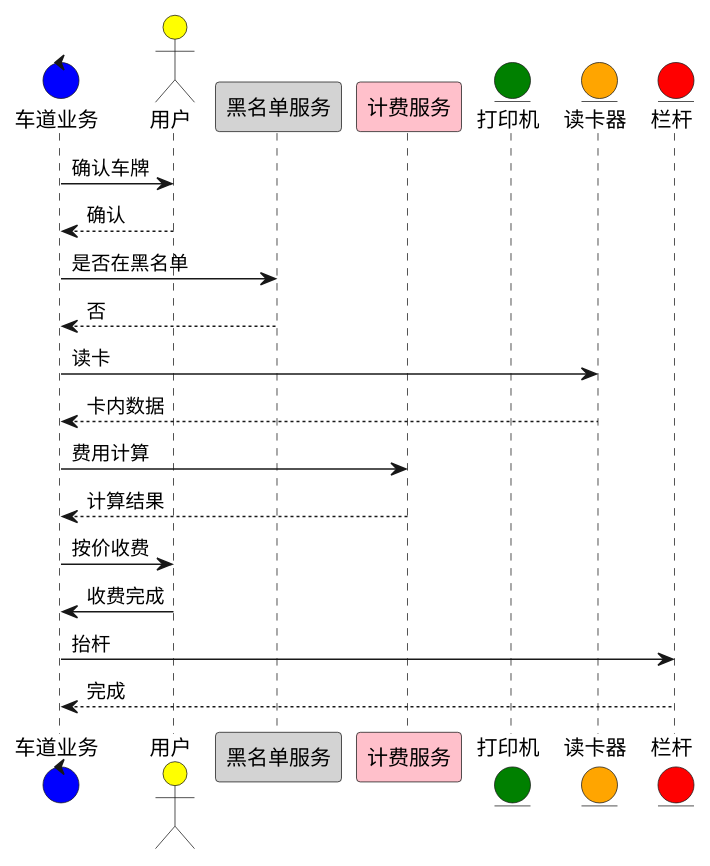
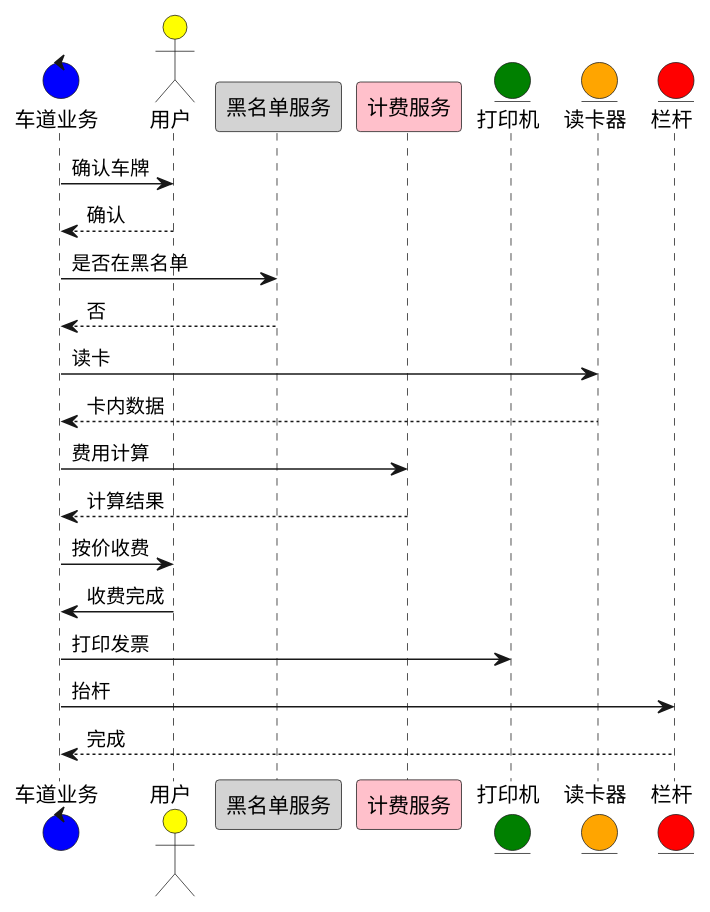
One commit to caochun/tollgate changed the diagram in plantuml/mtc-seq.puml. Above: the diagram before and after it, drawn with PlantUML.

Commit message:
update seq diagram

```diff
--- a/plantuml/mtc-seq.puml
+++ b/plantuml/mtc-seq.puml
@@ -1,27 +1,28 @@
 @startuml
 
 control 车道业务 as bizLogic #blue
 actor 用户 as user #yellow
 participant 黑名单服务 as blservice #lightGrey
 participant 计费服务 as biservice #pink
 entity 打印机 as printer #green
 entity 读卡器 as reader #Orange
 entity 栏杆 as braker #red
 
 bizLogic -> user : 确认车牌
 user--> bizLogic: 确认
 bizLogic -> blservice : 是否在黑名单
 blservice --> bizLogic : 否
 bizLogic -> reader : 读卡
 reader --> bizLogic : 卡内数据
 
 bizLogic -> biservice : 费用计算
 biservice --> bizLogic : 计算结果
 
 bizLogic -> user : 按价收费
 user ->  bizLogic : 收费完成
 
+bizLogic -> printer : 打印发票
 bizLogic -> braker : 抬杆
 braker --> bizLogic : 完成
 
 @end
```
